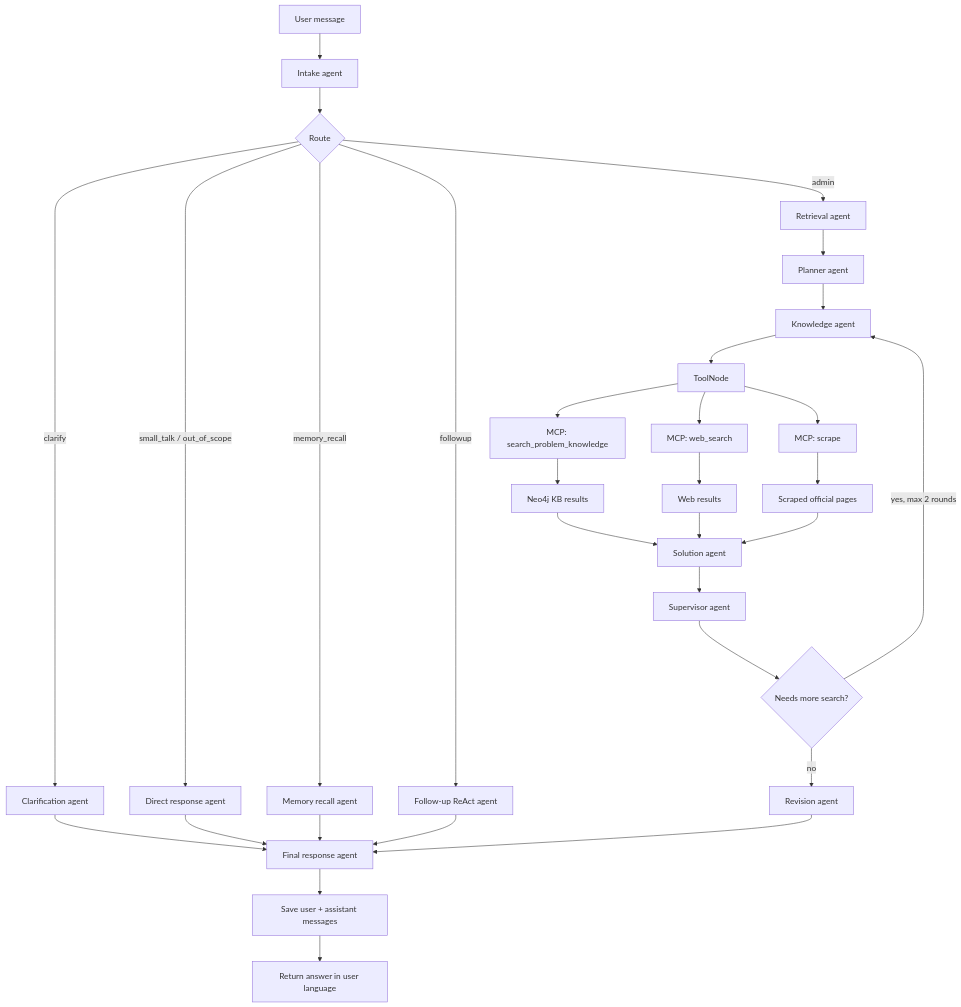
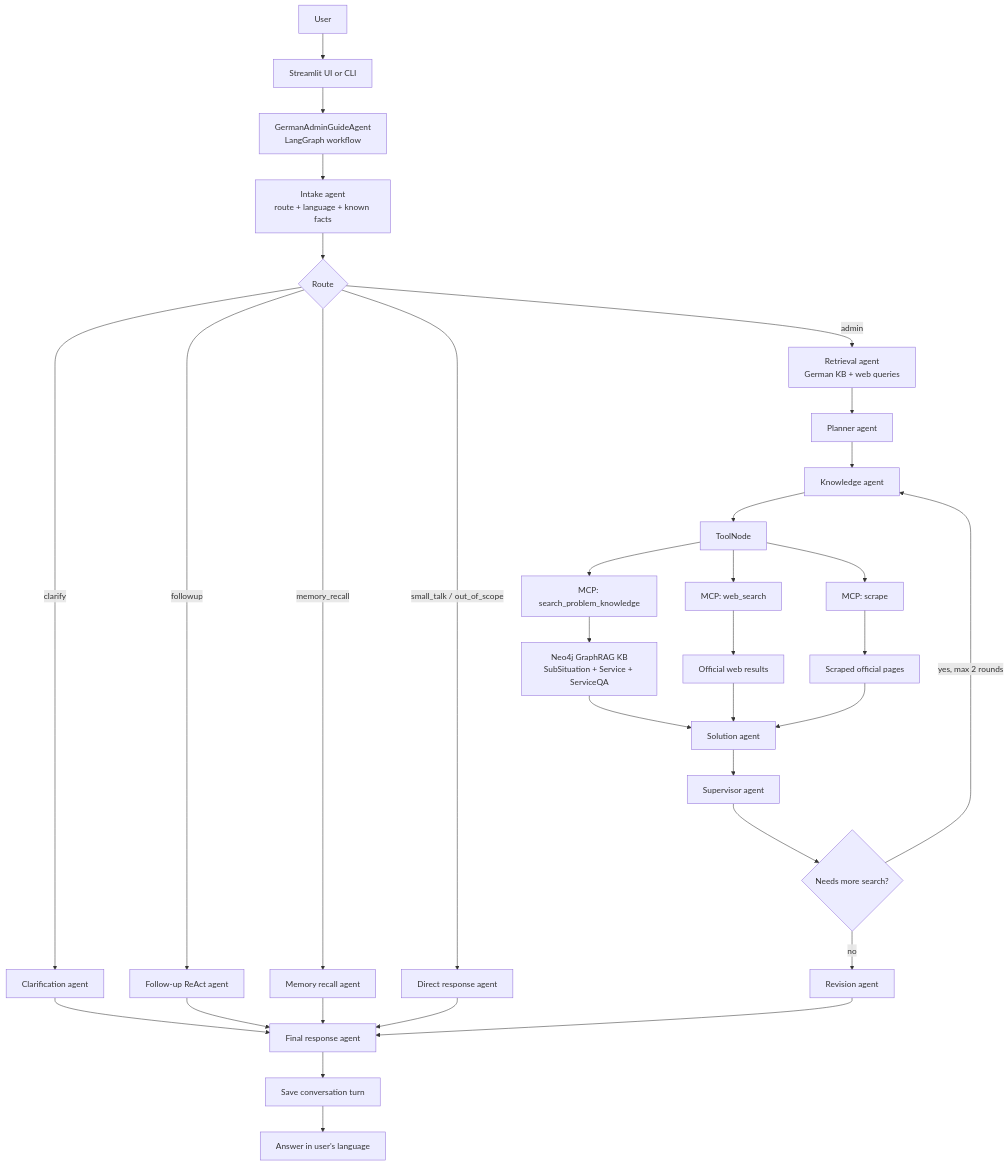
Before and after one commit to JenilGoti/german-administration-services-guide: the first of 2 diagrams in README.md, drawn with Mermaid. The commit also changed other lines of this file and 29 other files, not shown here.

First line of the commit message:
Add ServiceQA retrieval, prompts, and backfill

````diff
--- a/README.md
+++ b/README.md
@@ -70,36 +39,44 @@
 ```mermaid
 flowchart TD
-    A["User message"] --> B["Intake agent"]
-    B --> C{"Route"}
+    U["User"] --> UI["Streamlit UI or CLI"]
+    UI --> G["GermanAdminGuideAgent<br/>LangGraph workflow"]
 
-    C -->|"admin"| D["Retrieval agent"]
-    C -->|"clarify"| E["Clarification agent"]
-    C -->|"small_talk / out_of_scope"| F["Direct response agent"]
-    C -->|"memory_recall"| G["Memory recall agent"]
-    C -->|"followup"| H["Follow-up ReAct agent"]
+    G --> I["Intake agent<br/>route + language + known facts"]
+    I --> R{"Route"}
 
-    D --> I["Planner agent"]
-    I --> J["Knowledge agent"]
-    J --> K["ToolNode"]
-    K --> L["MCP: search_problem_knowledge"]
-    K --> M["MCP: web_search"]
-    K --> N["MCP: scrape"]
-    L --> O["Neo4j KB results"]
-    M --> P["Web results"]
-    N --> Q["Scraped official pages"]
-    O --> R["Solution agent"]
-    P --> R
-    Q --> R
-    R --> S["Supervisor agent"]
-    S --> T{"Needs more search?"}
-    T -->|"yes, max 2 rounds"| J
-    T -->|"no"| U["Revision agent"]
+    R -->|"admin"| RET["Retrieval agent<br/>German KB + web queries"]
+    R -->|"clarify"| CL["Clarification agent"]
+    R -->|"followup"| FU["Follow-up ReAct agent"]
+    R -->|"memory_recall"| MR["Memory recall agent"]
+    R -->|"small_talk / out_of_scope"| DR["Direct response agent"]
 
-    E --> V["Final response agent"]
-    F --> V
-    G --> V
-    H --> V
-    U --> V
-    V --> W["Save user + assistant messages"]
-    W --> X["Return answer in user language"]
+    RET --> PL["Planner agent"]
+    PL --> K["Knowledge agent"]
+    K --> T["ToolNode"]
+
+    T --> KG["MCP: search_problem_knowledge"]
+    T --> WS["MCP: web_search"]
+    T --> SC["MCP: scrape"]
+
+    KG --> NEO["Neo4j GraphRAG KB<br/>SubSituation + Service + ServiceQA"]
+    WS --> WEB["Official web results"]
+    SC --> PAGE["Scraped official pages"]
+
+    NEO --> SOL["Solution agent"]
+    WEB --> SOL
+    PAGE --> SOL
+
+    SOL --> SUP["Supervisor agent"]
+    SUP --> CHECK{"Needs more search?"}
+    CHECK -->|"yes, max 2 rounds"| K
+    CHECK -->|"no"| REV["Revision agent"]
+
+    CL --> FINAL["Final response agent"]
+    FU --> FINAL
+    MR --> FINAL
+    DR --> FINAL
+    REV --> FINAL
+
+    FINAL --> MEM["Save conversation turn"]
+    MEM --> OUT["Answer in user's language"]
 ```
````
